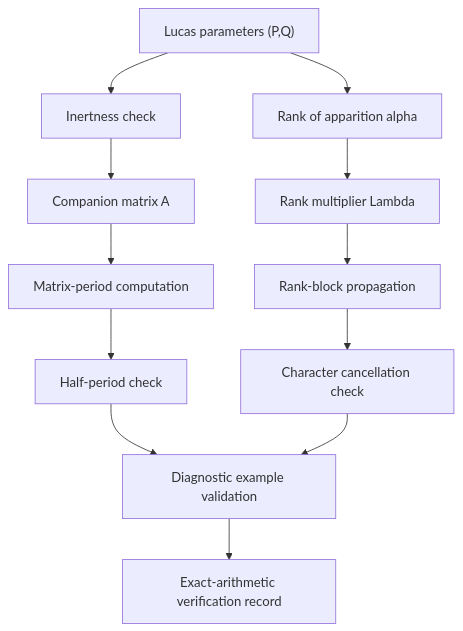
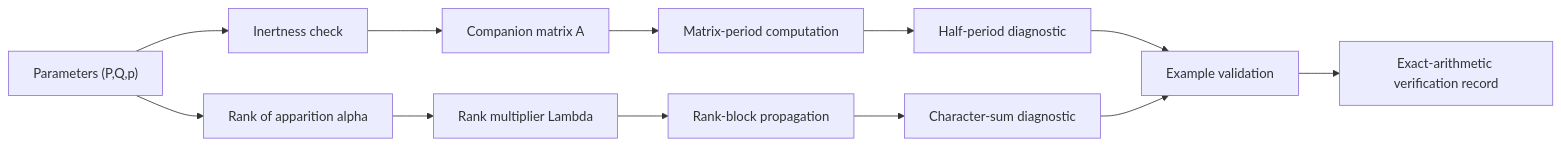
One commit to Majid-Ghandali/half-period-involutions-in-inert-lucas-sequences changed the second of 2 diagrams in README.md. Above: the diagram before and after it, drawn with Mermaid. The commit also changed other lines of this file, not shown here.

````diff
--- a/README.md
+++ b/README.md
@@ -364,16 +385,16 @@
 ```mermaid
-graph TD
-    A["Lucas parameters (P,Q)"] --> B["Inertness check"]
+graph LR
+    A["Parameters (P,Q,p)"] --> B["Inertness check"]
     B --> C["Companion matrix A"]
     C --> D["Matrix-period computation"]
-    D --> E["Half-period check"]
+    D --> E["Half-period diagnostic"]
 
     A --> F["Rank of apparition alpha"]
     F --> G["Rank multiplier Lambda"]
     G --> H["Rank-block propagation"]
-    H --> I["Character cancellation check"]
+    H --> I["Character-sum diagnostic"]
 
-    E --> J["Diagnostic example validation"]
+    E --> J["Example validation"]
     I --> J
     J --> K["Exact-arithmetic verification record"]
 ```
````
